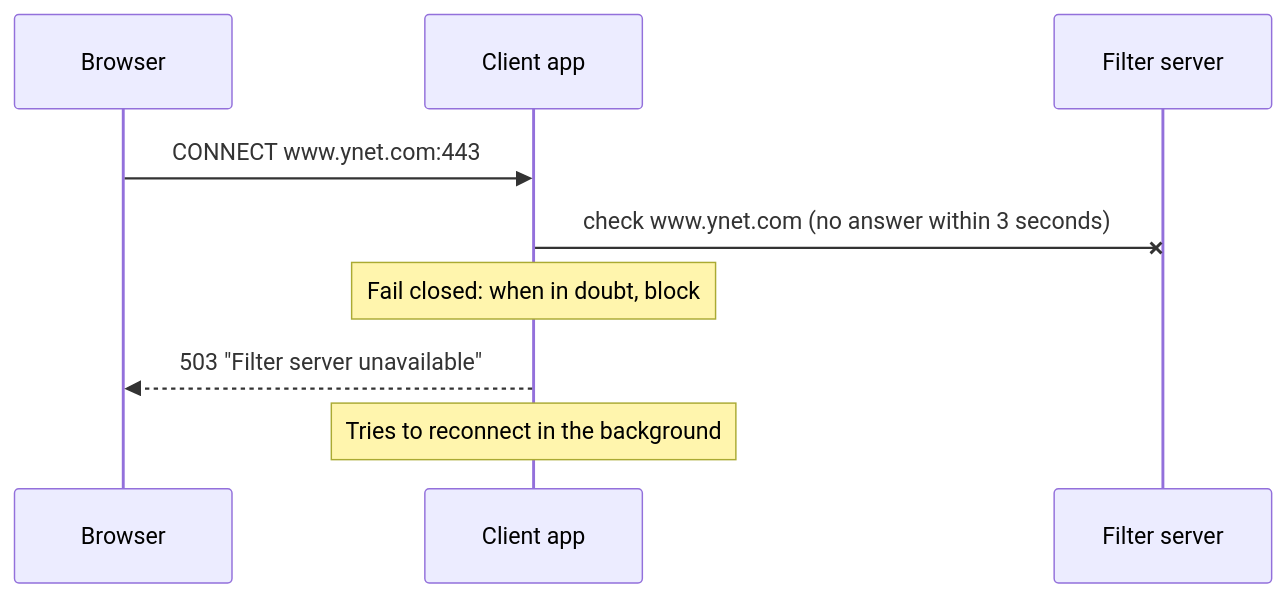
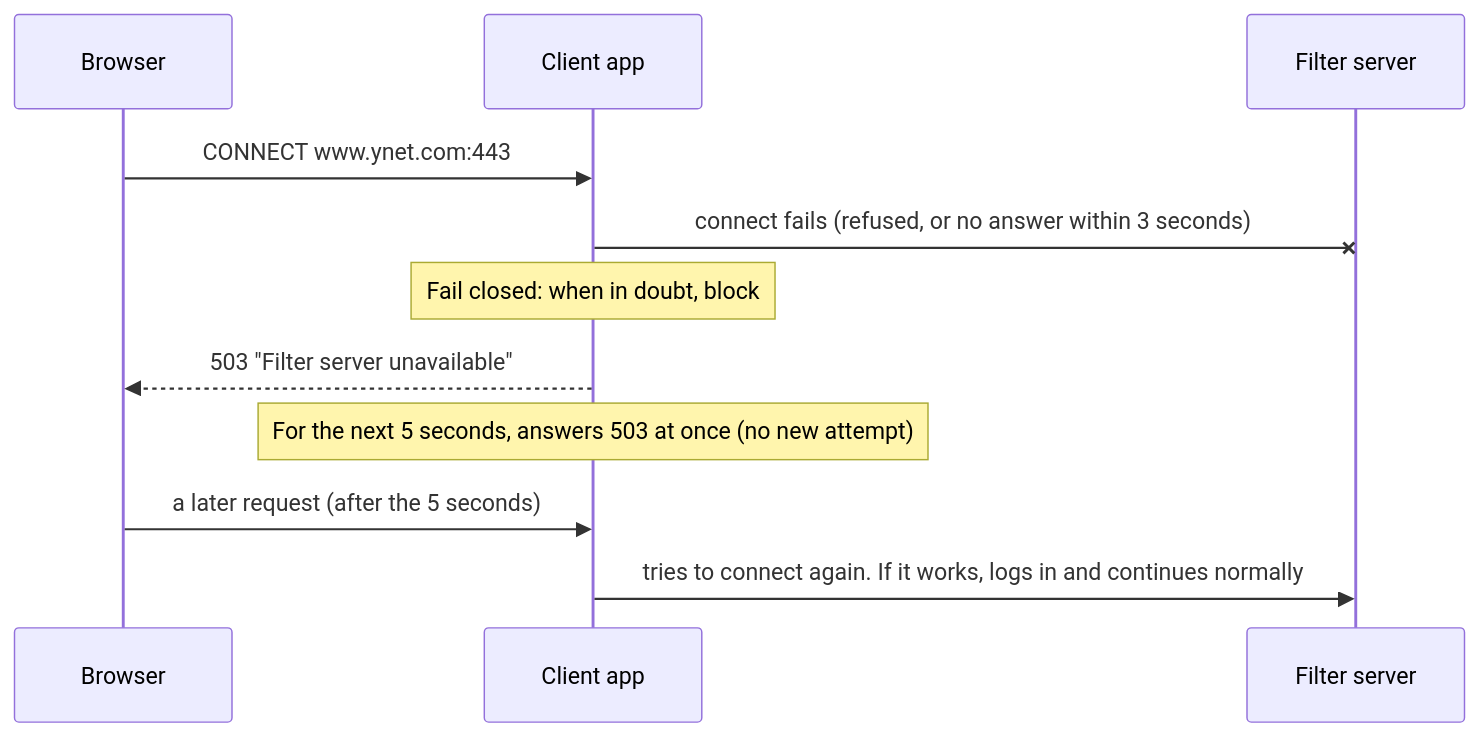
The seventh of 11 diagrams in docs/ARCHITECTURE.md (itamarimor2009/YearlyProject), drawn with Mermaid before and after one commit. The commit also changed other lines of this file and 9 other files, not shown here.

````diff
--- a/docs/ARCHITECTURE.md
+++ b/docs/ARCHITECTURE.md
@@ -184,11 +189,13 @@
 ```mermaid
 sequenceDiagram
     participant B as Browser
     participant C as Client app
     participant S as Filter server
     B->>C: CONNECT www.ynet.com:443
-    C-xS: check www.ynet.com (no answer within 3 seconds)
+    C-xS: connect fails (refused, or no answer within 3 seconds)
     Note over C: Fail closed: when in doubt, block
     C-->>B: 503 "Filter server unavailable"
-    Note over C: Tries to reconnect in the background
+    Note over C: For the next 5 seconds, answers 503 at once (no new attempt)
+    B->>C: a later request (after the 5 seconds)
+    C->>S: tries to connect again. If it works, logs in and continues normally
 ```
````
